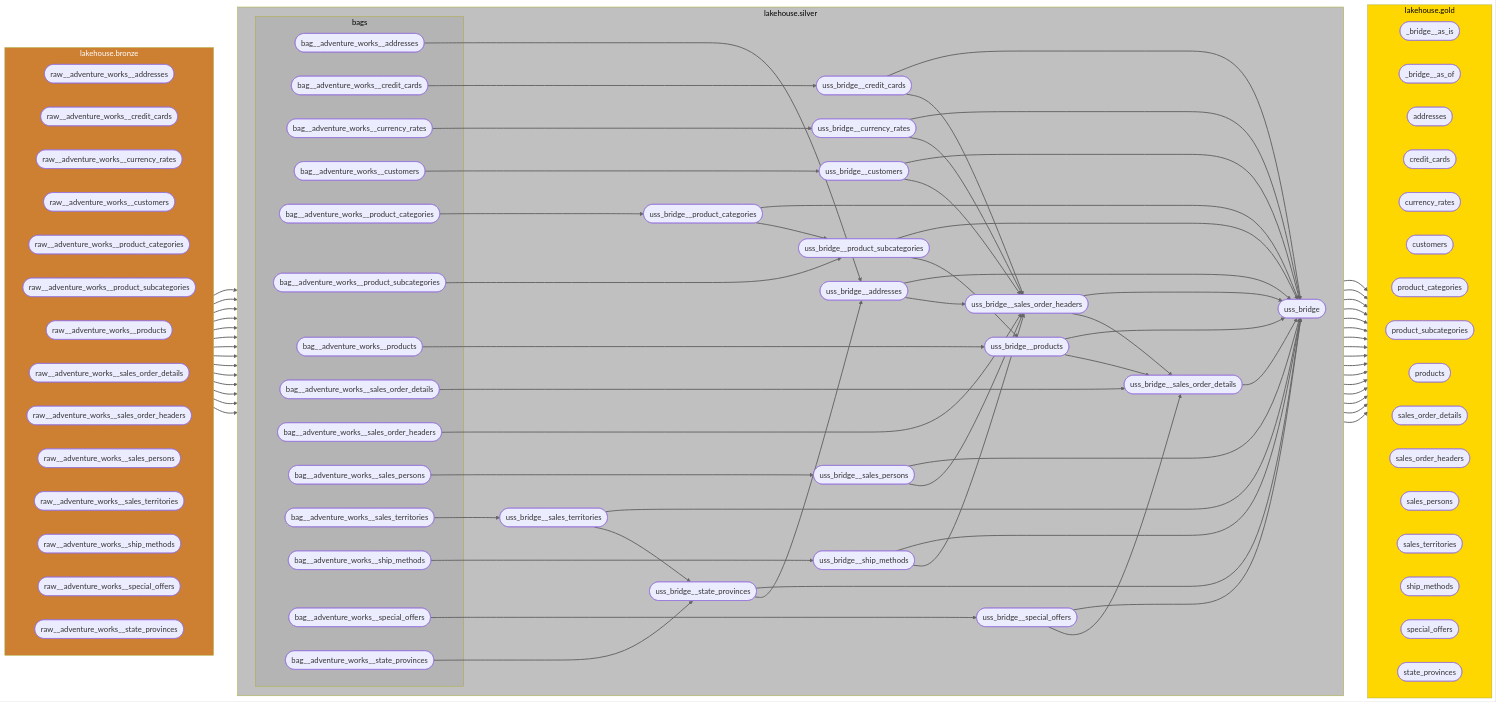
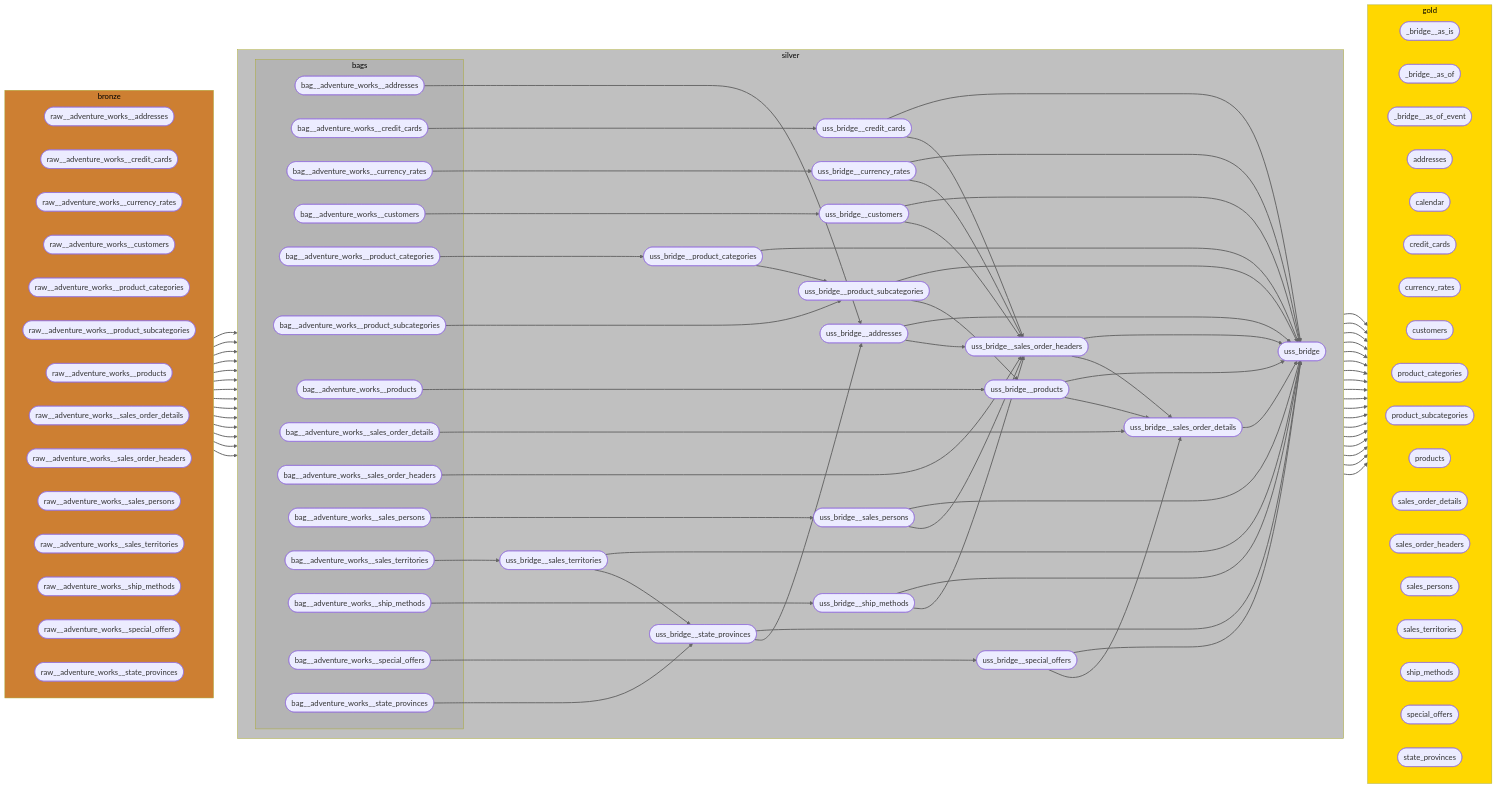
The diagram in dag.mmd (mattiasthalen/serverless-lakehouse), drawn with Mermaid before and after one commit. The commit also changed 3 other files, not shown here.

Commit message:
Update DAG graph

```diff
--- a/dag.mmd
+++ b/dag.mmd
@@ -1,179 +1,182 @@
 flowchart LR
-    subgraph lakehouse.bronze["lakehouse.bronze"]
+    subgraph bronze["bronze"]
         direction LR
         raw__adventure_works__addresses(["raw__adventure_works__addresses"])
         raw__adventure_works__credit_cards(["raw__adventure_works__credit_cards"])
         raw__adventure_works__currency_rates(["raw__adventure_works__currency_rates"])
         raw__adventure_works__customers(["raw__adventure_works__customers"])
         raw__adventure_works__product_categories(["raw__adventure_works__product_categories"])
         raw__adventure_works__product_subcategories(["raw__adventure_works__product_subcategories"])
         raw__adventure_works__products(["raw__adventure_works__products"])
         raw__adventure_works__sales_order_details(["raw__adventure_works__sales_order_details"])
         raw__adventure_works__sales_order_headers(["raw__adventure_works__sales_order_headers"])
         raw__adventure_works__sales_persons(["raw__adventure_works__sales_persons"])
         raw__adventure_works__sales_territories(["raw__adventure_works__sales_territories"])
         raw__adventure_works__ship_methods(["raw__adventure_works__ship_methods"])
         raw__adventure_works__special_offers(["raw__adventure_works__special_offers"])
         raw__adventure_works__state_provinces(["raw__adventure_works__state_provinces"])
     end
 
-    subgraph lakehouse.silver["lakehouse.silver"]
+    subgraph silver["silver"]
         direction LR
-
+        
         subgraph bags
             bag__adventure_works__addresses(["bag__adventure_works__addresses"])
             bag__adventure_works__credit_cards(["bag__adventure_works__credit_cards"])
             bag__adventure_works__currency_rates(["bag__adventure_works__currency_rates"])
             bag__adventure_works__customers(["bag__adventure_works__customers"])
             bag__adventure_works__product_categories(["bag__adventure_works__product_categories"])
             bag__adventure_works__product_subcategories(["bag__adventure_works__product_subcategories"])
             bag__adventure_works__products(["bag__adventure_works__products"])
             bag__adventure_works__sales_order_details(["bag__adventure_works__sales_order_details"])
             bag__adventure_works__sales_order_headers(["bag__adventure_works__sales_order_headers"])
             bag__adventure_works__sales_persons(["bag__adventure_works__sales_persons"])
             bag__adventure_works__sales_territories(["bag__adventure_works__sales_territories"])
             bag__adventure_works__ship_methods(["bag__adventure_works__ship_methods"])
             bag__adventure_works__special_offers(["bag__adventure_works__special_offers"])
             bag__adventure_works__state_provinces(["bag__adventure_works__state_provinces"])
         end
-        
         uss_bridge(["uss_bridge"])
         uss_bridge__addresses(["uss_bridge__addresses"])
         uss_bridge__credit_cards(["uss_bridge__credit_cards"])
         uss_bridge__currency_rates(["uss_bridge__currency_rates"])
         uss_bridge__customers(["uss_bridge__customers"])
         uss_bridge__product_categories(["uss_bridge__product_categories"])
         uss_bridge__product_subcategories(["uss_bridge__product_subcategories"])
         uss_bridge__products(["uss_bridge__products"])
         uss_bridge__sales_order_details(["uss_bridge__sales_order_details"])
         uss_bridge__sales_order_headers(["uss_bridge__sales_order_headers"])
         uss_bridge__sales_persons(["uss_bridge__sales_persons"])
         uss_bridge__sales_territories(["uss_bridge__sales_territories"])
         uss_bridge__ship_methods(["uss_bridge__ship_methods"])
         uss_bridge__special_offers(["uss_bridge__special_offers"])
         uss_bridge__state_provinces(["uss_bridge__state_provinces"])
     end
 
-    subgraph lakehouse.gold["lakehouse.gold"]
+    subgraph gold["gold"]
         direction LR
         _bridge__as_is(["_bridge__as_is"])
         _bridge__as_of(["_bridge__as_of"])
+        _bridge__as_of_event(["_bridge__as_of_event"])
         addresses(["addresses"])
+        calendar(["calendar"])
         credit_cards(["credit_cards"])
         currency_rates(["currency_rates"])
         customers(["customers"])
         product_categories(["product_categories"])
         product_subcategories(["product_subcategories"])
         products(["products"])
         sales_order_details(["sales_order_details"])
         sales_order_headers(["sales_order_headers"])
         sales_persons(["sales_persons"])
         sales_territories(["sales_territories"])
         ship_methods(["ship_methods"])
         special_offers(["special_offers"])
         state_provinces(["state_provinces"])
     end
 
-    %% lakehouse.bronze -> lakehouse.silver
+    %% bronze -> silver
     raw__adventure_works__addresses --> bag__adventure_works__addresses
     raw__adventure_works__credit_cards --> bag__adventure_works__credit_cards
     raw__adventure_works__currency_rates --> bag__adventure_works__currency_rates
     raw__adventure_works__customers --> bag__adventure_works__customers
     raw__adventure_works__product_categories --> bag__adventure_works__product_categories
     raw__adventure_works__product_subcategories --> bag__adventure_works__product_subcategories
     raw__adventure_works__products --> bag__adventure_works__products
     raw__adventure_works__sales_order_details --> bag__adventure_works__sales_order_details
     raw__adventure_works__sales_order_headers --> bag__adventure_works__sales_order_headers
     raw__adventure_works__sales_persons --> bag__adventure_works__sales_persons
     raw__adventure_works__sales_territories --> bag__adventure_works__sales_territories
     raw__adventure_works__ship_methods --> bag__adventure_works__ship_methods
     raw__adventure_works__special_offers --> bag__adventure_works__special_offers
     raw__adventure_works__state_provinces --> bag__adventure_works__state_provinces
 
-    %% lakehouse.silver -> lakehouse.silver
+    %% silver -> silver
     bag__adventure_works__addresses --> uss_bridge__addresses
     bag__adventure_works__credit_cards --> uss_bridge__credit_cards
     bag__adventure_works__currency_rates --> uss_bridge__currency_rates
     bag__adventure_works__customers --> uss_bridge__customers
     bag__adventure_works__product_categories --> uss_bridge__product_categories
     bag__adventure_works__product_subcategories --> uss_bridge__product_subcategories
     bag__adventure_works__products --> uss_bridge__products
     bag__adventure_works__sales_order_details --> uss_bridge__sales_order_details
     bag__adventure_works__sales_order_headers --> uss_bridge__sales_order_headers
     bag__adventure_works__sales_persons --> uss_bridge__sales_persons
     bag__adventure_works__sales_territories --> uss_bridge__sales_territories
     bag__adventure_works__ship_methods --> uss_bridge__ship_methods
     bag__adventure_works__special_offers --> uss_bridge__special_offers
     bag__adventure_works__state_provinces --> uss_bridge__state_provinces
     uss_bridge__addresses --> uss_bridge
     uss_bridge__addresses --> uss_bridge__sales_order_headers
     uss_bridge__credit_cards --> uss_bridge
     uss_bridge__credit_cards --> uss_bridge__sales_order_headers
     uss_bridge__currency_rates --> uss_bridge
     uss_bridge__currency_rates --> uss_bridge__sales_order_headers
     uss_bridge__customers --> uss_bridge
     uss_bridge__customers --> uss_bridge__sales_order_headers
     uss_bridge__product_categories --> uss_bridge
     uss_bridge__product_categories --> uss_bridge__product_subcategories
     uss_bridge__product_subcategories --> uss_bridge
     uss_bridge__product_subcategories --> uss_bridge__products
     uss_bridge__products --> uss_bridge
     uss_bridge__products --> uss_bridge__sales_order_details
     uss_bridge__sales_order_details --> uss_bridge
     uss_bridge__sales_order_headers --> uss_bridge
     uss_bridge__sales_order_headers --> uss_bridge__sales_order_details
     uss_bridge__sales_persons --> uss_bridge
     uss_bridge__sales_persons --> uss_bridge__sales_order_headers
     uss_bridge__sales_territories --> uss_bridge
     uss_bridge__sales_territories --> uss_bridge__state_provinces
     uss_bridge__ship_methods --> uss_bridge
     uss_bridge__ship_methods --> uss_bridge__sales_order_headers
     uss_bridge__special_offers --> uss_bridge
     uss_bridge__special_offers --> uss_bridge__sales_order_details
     uss_bridge__state_provinces --> uss_bridge
     uss_bridge__state_provinces --> uss_bridge__addresses
 
-    %% lakehouse.silver -> lakehouse.gold
+    %% silver -> gold
     bag__adventure_works__addresses --> addresses
     bag__adventure_works__credit_cards --> credit_cards
     bag__adventure_works__currency_rates --> currency_rates
     bag__adventure_works__customers --> customers
     bag__adventure_works__product_categories --> product_categories
     bag__adventure_works__product_subcategories --> product_subcategories
     bag__adventure_works__products --> products
     bag__adventure_works__sales_order_details --> sales_order_details
     bag__adventure_works__sales_order_headers --> sales_order_headers
     bag__adventure_works__sales_persons --> sales_persons
     bag__adventure_works__sales_territories --> sales_territories
     bag__adventure_works__ship_methods --> ship_methods
     bag__adventure_works__special_offers --> special_offers
     bag__adventure_works__state_provinces --> state_provinces
     uss_bridge --> _bridge__as_is
     uss_bridge --> _bridge__as_of
-
+    uss_bridge --> _bridge__as_of_event
+    uss_bridge --> calendar
+    
     linkStyle default stroke:#666,stroke-width:2px
 
     %% Bronze shades
-    classDef bronze_classic fill:#CD7F32,color:white
-    classDef bronze_dark fill:#B87333,color:white
-    classDef bronze_light fill:#E09756,color:white
-    classDef bronze_antique fill:#966B47,color:white
+    classDef bronze_classic fill:#CD7F32,color:black
+    classDef bronze_dark fill:#B87333,color:black
+    classDef bronze_light fill:#E09756,color:black
+    classDef bronze_antique fill:#966B47,color:black
     
     %% Silver shades
     classDef silver_classic fill:#C0C0C0,color:black
     classDef silver_dark fill:#A8A8A8,color:black
     classDef silver_light fill:#D8D8D8,color:black
     classDef silver_antique fill:#B4B4B4,color:black
     
     %% Gold shades
     classDef gold_classic fill:#FFD700,color:black
     classDef gold_dark fill:#DAA520,color:black
     classDef gold_light fill:#FFE55C,color:black
     classDef gold_antique fill:#CFB53B,color:black
 
-    class lakehouse.bronze bronze_classic
+    class bronze bronze_classic
 
-    class lakehouse.silver silver_classic
+    class silver silver_classic
     class bags silver_antique
 
-    class lakehouse.gold gold_classic
+    class gold gold_classic
```
